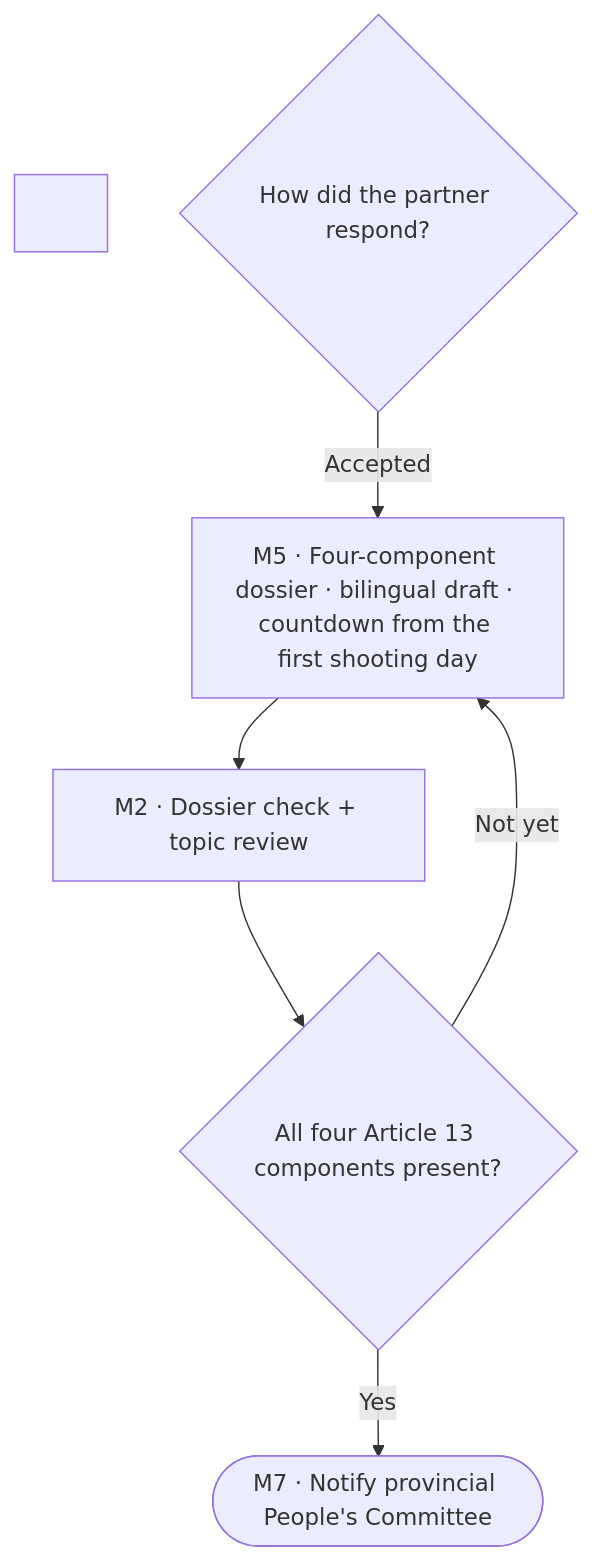
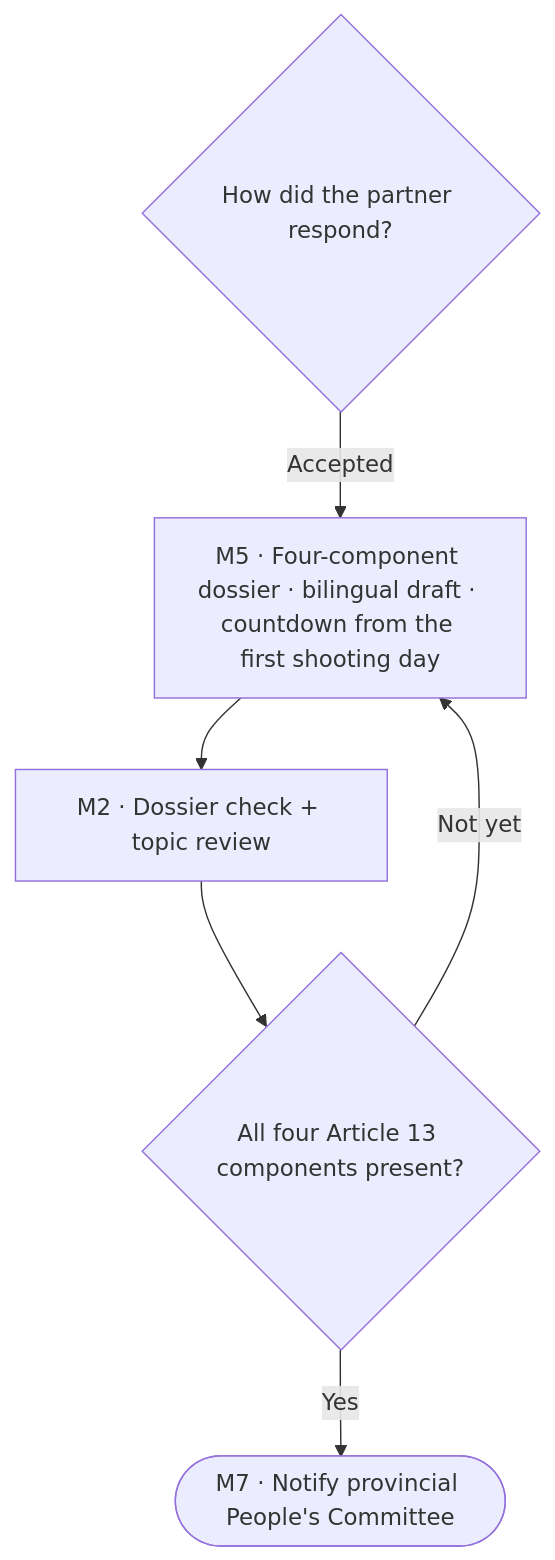
The first of 2 diagrams in docs/spec/spec-M5.md (namnt2005/CINEMATCH-DBIZ3.TeamC), drawn with Mermaid before and after one commit. The commit also changed other lines of this file and 176 other files, not shown here.

````diff
--- a/docs/spec/spec-M5.md
+++ b/docs/spec/spec-M5.md
@@ -90,8 +92,8 @@
 ```mermaid
 flowchart TD
-&nbsp;&nbsp;&nbsp;&nbsp;Q3{How did the partner respond?} -- Accepted --> DOS[M5 · Four-component dossier · bilingual draft · countdown from the first shooting day]
-&nbsp;&nbsp;&nbsp;&nbsp;DOS --> CHK[M2 · Dossier check + topic review]
-&nbsp;&nbsp;&nbsp;&nbsp;CHK --> Q4{All four Article 13 components present?}
-&nbsp;&nbsp;&nbsp;&nbsp;Q4 -- Not yet --> DOS
-&nbsp;&nbsp;&nbsp;&nbsp;Q4 -- Yes --> NOTI([M7 · Notify provincial People's Committee])
+    Q3{How did the partner respond?} -- Accepted --> DOS[M5 · Four-component dossier · bilingual draft · countdown from the first shooting day]
+    DOS --> CHK[M2 · Dossier check + topic review]
+    CHK --> Q4{All four Article 13 components present?}
+    Q4 -- Not yet --> DOS
+    Q4 -- Yes --> NOTI([M7 · Notify provincial People's Committee])
 ```
````
